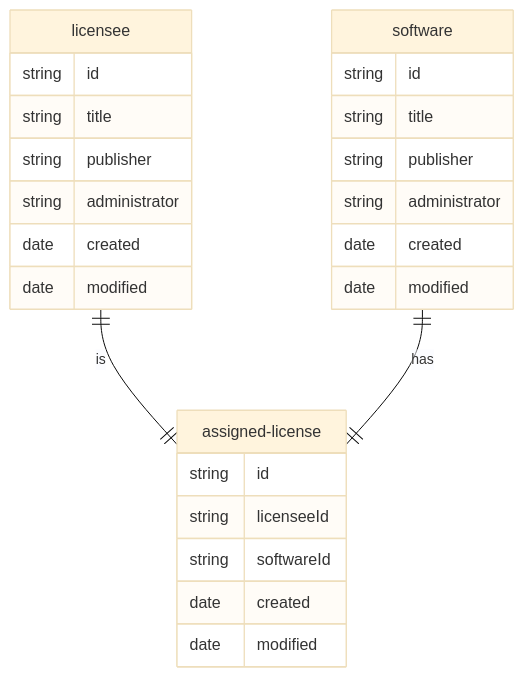
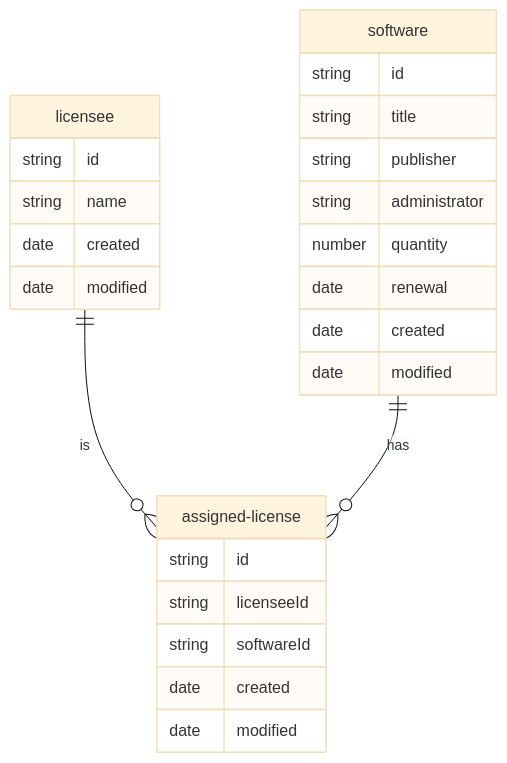
Before and after one commit to bcgov/citz-imb-slam-api: the diagram in technical.md, drawn with Mermaid (base theme).

Commit message:
updated technical

````diff
--- a/technical.md
+++ b/technical.md
@@ -7,29 +7,29 @@
 ```mermaid
 erDiagram
-    licensee ||--|| assigned-license: is
-    software ||--|| assigned-license: has
+    licensee ||--o{ assigned-license: is
+    software ||--o{ assigned-license: has
     licensee {
         string id
-        string title
-        string publisher
-        string administrator
+        string name
         date created
         date modified
     }
     software {
         string id
         string title
         string publisher
         string administrator
+        number quantity
+        date renewal
         date created
         date modified
     }
     assigned-license {
         string id
         string licenseeId
         string softwareId
         date created
         date modified
     }
-    
+
 ```
````
